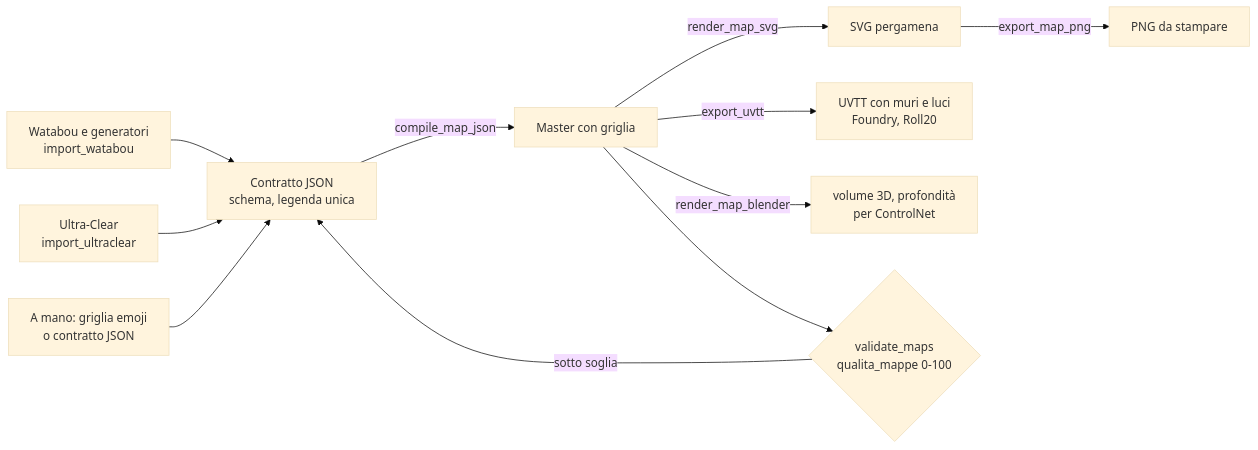
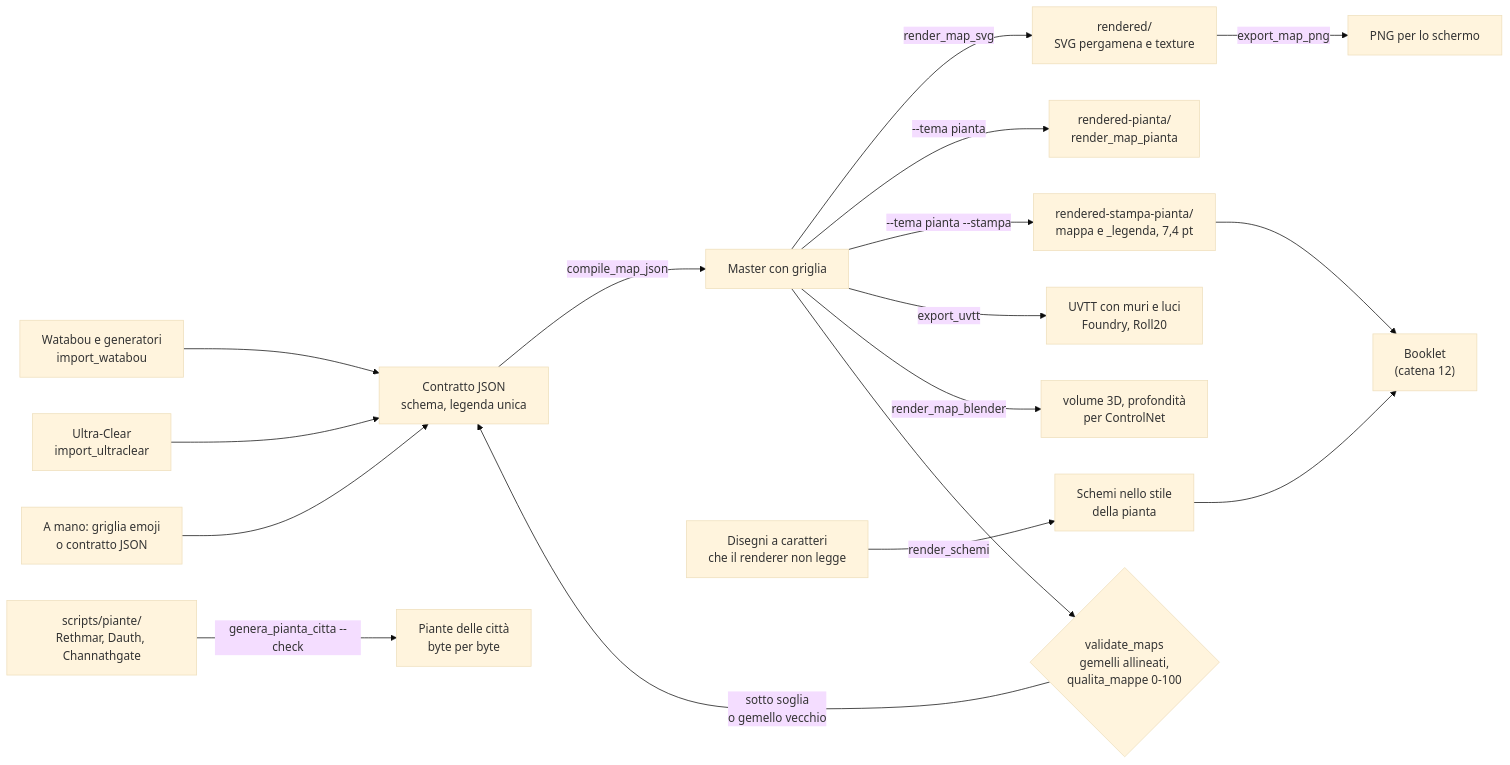
Before and after one commit to gsamuele78/RumblingStone: diagram 18 of 26 in docs/ARCHITETTURA.md, drawn with Mermaid (base theme). The commit also changed other lines of this file and 5 other files, not shown here.

````diff
--- a/docs/ARCHITETTURA.md
+++ b/docs/ARCHITETTURA.md
@@ -743,13 +748,19 @@
 ```mermaid
 flowchart LR
     W["Watabou e generatori<br/>import_watabou"] --> J
     U["Ultra-Clear<br/>import_ultraclear"] --> J
     H["A mano: griglia emoji<br/>o contratto JSON"] --> J
     J["Contratto JSON<br/>schema, legenda unica"] -->|"compile_map_json"| MD["Master con griglia"]
-    MD -->|"render_map_svg"| SVG["SVG pergamena"]
-    SVG -->|"export_map_png"| PNG["PNG da stampare"]
+    MD -->|"render_map_svg"| SVG["rendered/<br/>SVG pergamena e texture"]
+    SVG -->|"export_map_png"| PNG["PNG per lo schermo"]
+    MD -->|"--tema pianta"| PIA["rendered-pianta/<br/>render_map_pianta"]
+    MD -->|"--tema pianta --stampa"| STP["rendered-stampa-pianta/<br/>mappa e _legenda, 7,4 pt"]
+    SCH["Disegni a caratteri<br/>che il renderer non legge"] -->|"render_schemi"| SCS["Schemi nello stile<br/>della pianta"]
+    STP --> BK["Booklet<br/>(catena 12)"]
+    SCS --> BK
     MD -->|"export_uvtt"| VTT["UVTT con muri e luci<br/>Foundry, Roll20"]
     MD -->|"render_map_blender"| B3D["volume 3D, profondità<br/>per ControlNet"]
-    MD --> QM{"validate_maps<br/>qualita_mappe 0-100"}
-    QM -->|"sotto soglia"| J
+    MD --> QM{"validate_maps<br/>gemelli allineati,<br/>qualita_mappe 0-100"}
+    QM -->|"sotto soglia<br/>o gemello vecchio"| J
+    PC["scripts/piante/<br/>Rethmar, Dauth, Channathgate"] -->|"genera_pianta_citta --check"| CIT["Piante delle città<br/>byte per byte"]
 ```
````
